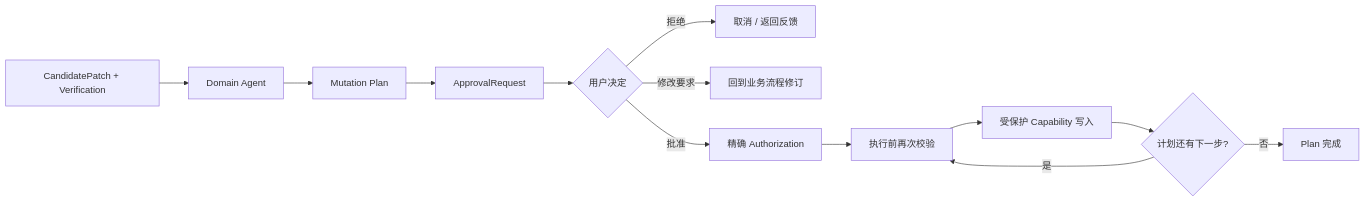
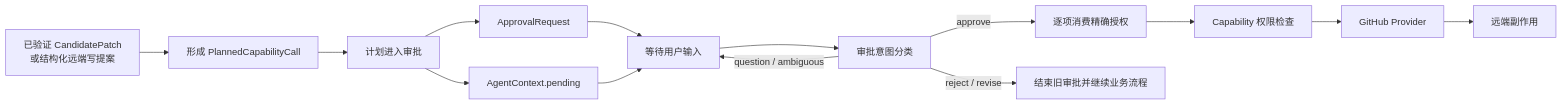
The first of 19 diagrams in docs/08-approval-and-remote-mutations.md (Arthur999459up/GitAgent), drawn with Mermaid before and after one commit. The commit also changed other lines of this file and 3 other files, not shown here.

````diff
--- a/docs/08-approval-and-remote-mutations.md
+++ b/docs/08-approval-and-remote-mutations.md
@@ -11,15 +19,16 @@
 ```mermaid
 flowchart LR
-    C[CandidatePatch + Verification] --> D[Domain Agent]
-    D --> P[Mutation Plan]
-    P --> A[ApprovalRequest]
-    A --> U{用户决定}
-    U -->|拒绝| R[取消 / 返回反馈]
-    U -->|修改要求| V[回到业务流程修订]
-    U -->|批准| AUTH[精确 Authorization]
-    AUTH --> PRE[执行前再次校验]
-    PRE --> W[受保护 Capability 写入]
-    W --> NEXT{计划还有下一步?}
-    NEXT -->|是| PRE
-    NEXT -->|否| DONE[Plan 完成]
+    A[已验证 CandidatePatch\n或结构化远端写提案] --> B[形成 PlannedCapabilityCall]
+    B --> C[计划进入审批]
+    C --> D[ApprovalRequest]
+    C --> E[AgentContext.pending]
+    D --> F[等待用户输入]
+    E --> F
+    F --> G[审批意图分类]
+    G -->|approve| H[逐项消费精确授权]
+    G -->|reject / revise| I[结束旧审批并继续业务流程]
+    G -->|question / ambiguous| F
+    H --> J[Capability 权限检查]
+    J --> K[GitHub Provider]
+    K --> L[远端副作用]
 ```
````
